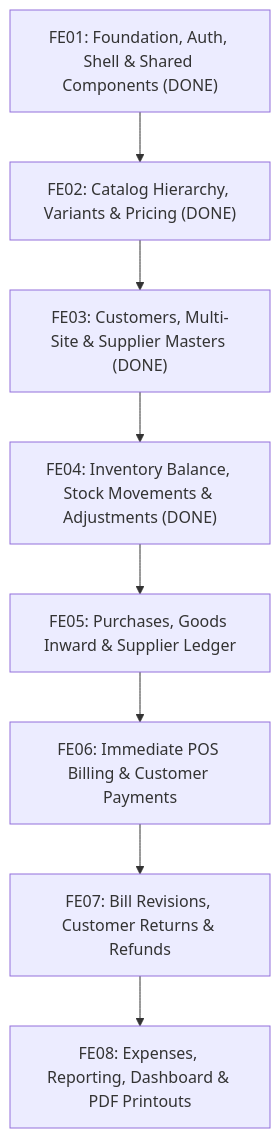
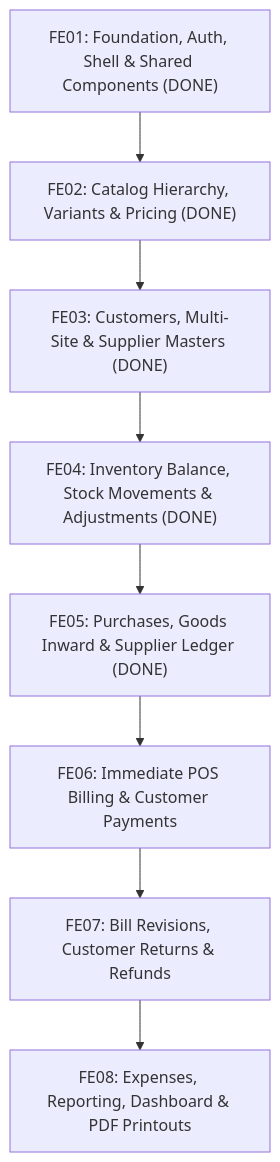
Before and after one commit to asalkarhh/himmat-enterprises-fe: the diagram in README.md, drawn with Mermaid. The commit also changed other lines of this file and 18 other files, not shown here.

````diff
--- a/README.md
+++ b/README.md
@@ -214,10 +220,10 @@
 ```mermaid
 flowchart TD
   FE01["FE01: Foundation, Auth, Shell & Shared Components (DONE)"] --> FE02["FE02: Catalog Hierarchy, Variants & Pricing (DONE)"]
   FE02 --> FE03["FE03: Customers, Multi-Site & Supplier Masters (DONE)"]
   FE03 --> FE04["FE04: Inventory Balance, Stock Movements & Adjustments (DONE)"]
-  FE04 --> FE05["FE05: Purchases, Goods Inward & Supplier Ledger"]
+  FE04 --> FE05["FE05: Purchases, Goods Inward & Supplier Ledger (DONE)"]
   FE05 --> FE06["FE06: Immediate POS Billing & Customer Payments"]
   FE06 --> FE07["FE07: Bill Revisions, Customer Returns & Refunds"]
   FE07 --> FE08["FE08: Expenses, Reporting, Dashboard & PDF Printouts"]
 ```
````
